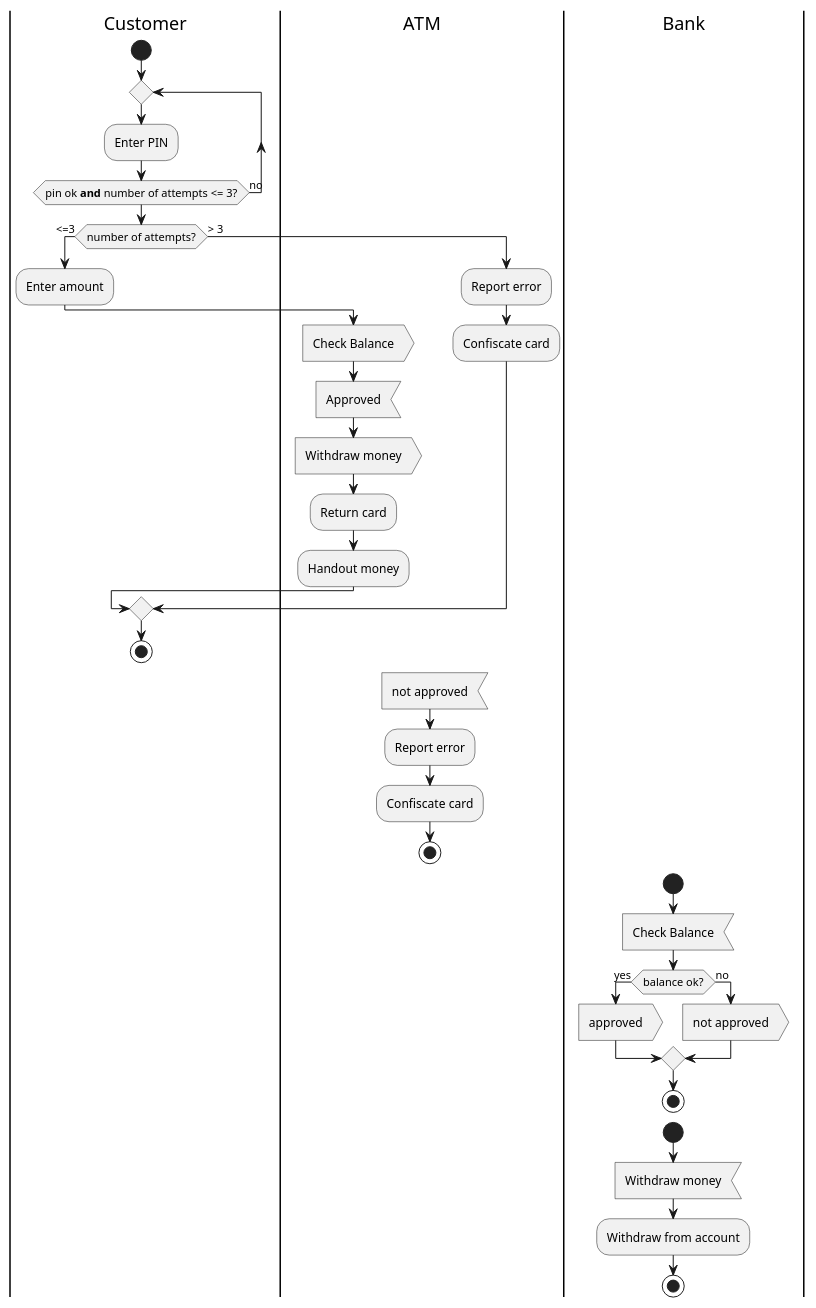
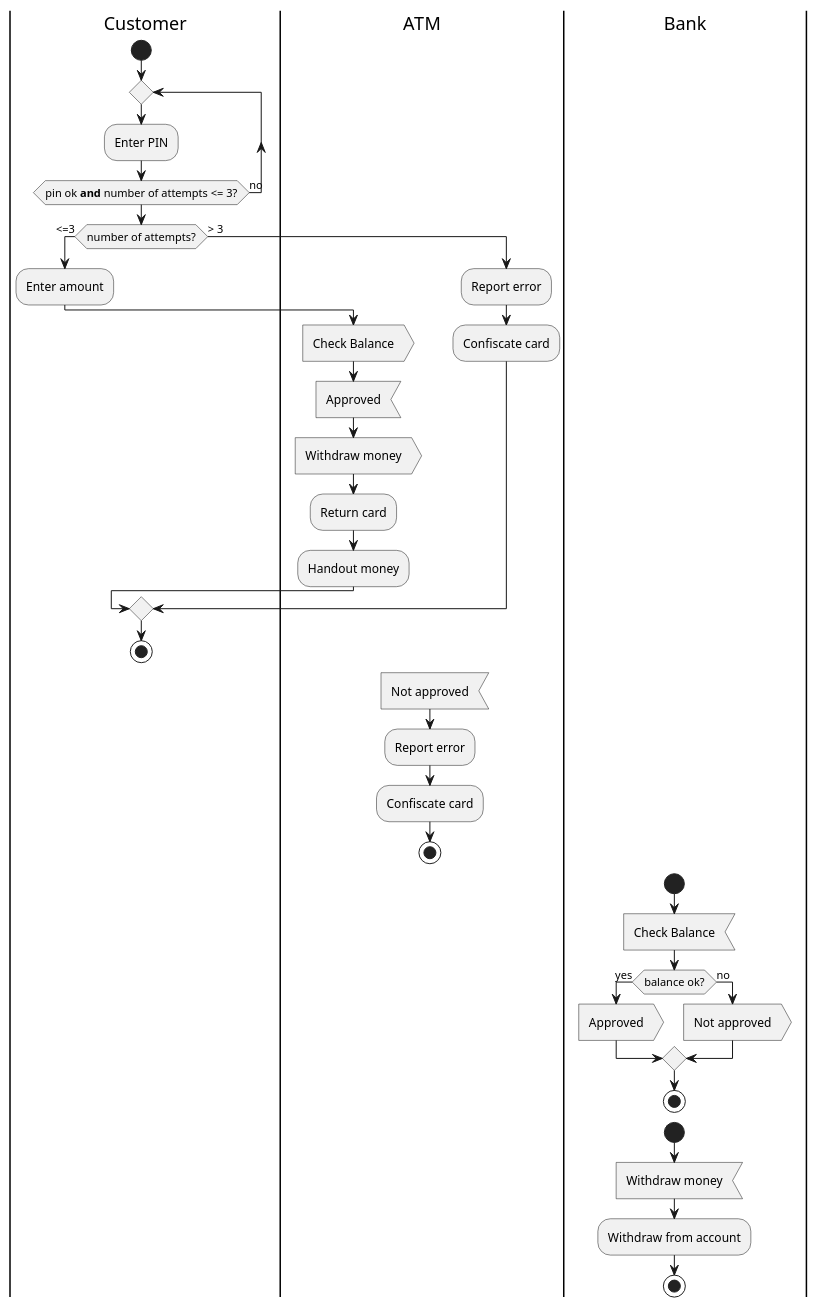
Before and after one commit to htl-leo-syp-project-organization/if.05.61_00-class-materials: the second of 3 diagrams in Units/PlantUML.md, drawn with PlantUML. The commit also changed other lines of this file, not shown here.

Commit message:
Added state diagram

````diff
--- a/Units/PlantUML.md
+++ b/Units/PlantUML.md
@@ -96,42 +96,43 @@
 ```plantuml
+@startuml
 |Customer|
 start
 repeat
 :Enter PIN;
 repeat while (pin ok **and** number of attempts <= 3?) is (no)
 if (number of attempts?) then (<=3)
     :Enter amount;
     |ATM|
     :Check Balance; <<output>>
     :Approved; <<input>>
     :Withdraw money; <<output>>
     :Return card;
     :Handout money;
 else (> 3)
     |ATM|
     :Report error;
     :Confiscate card;
 endif
 |Customer|
 stop
 |ATM|
-:not approved; <<input>>
+:Not approved; <<input>>
 :Report error;
 :Confiscate card;
 stop
 |Bank|
 start
 :Check Balance; <<input>>
 if (balance ok?) then (yes)
-    :approved; <<output>>
+    :Approved; <<output>>
 else (no)
-    :not approved; <<output>>
+    :Not approved; <<output>>
 endif
 stop
 
 start
 :Withdraw money; <<input>>
 :Withdraw from account; 
 stop
-
+@enduml
 ```
````
